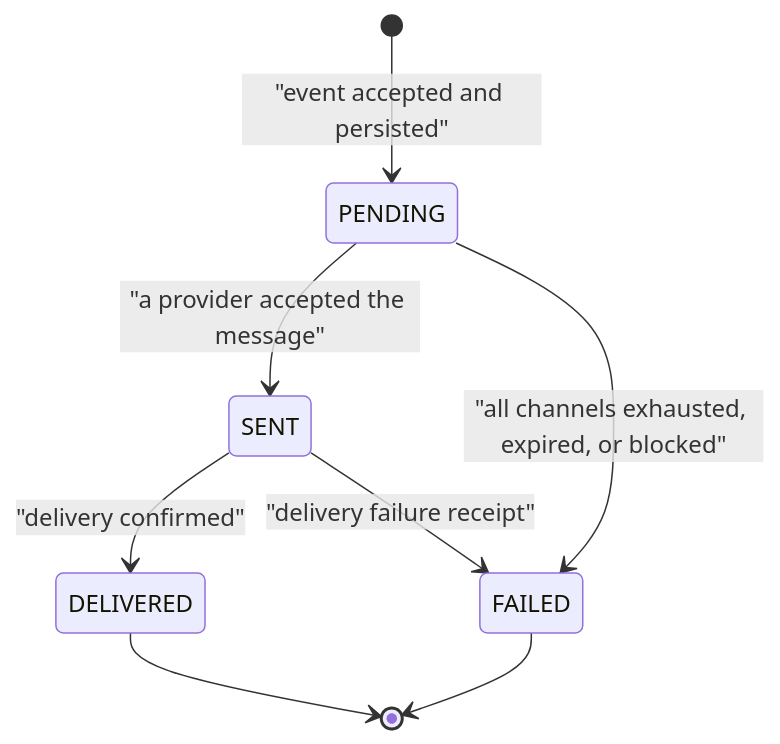
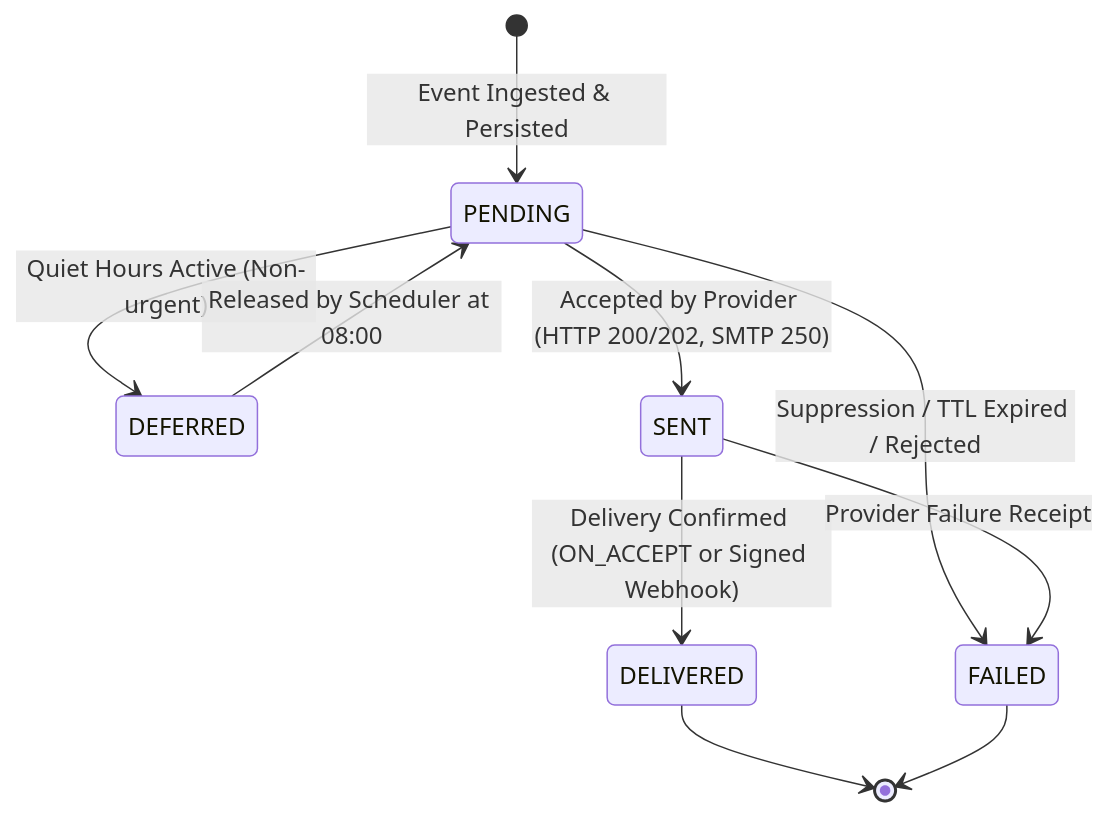
The diagram in README.md (AndresRuzT/Pigeon), drawn with Mermaid before and after one commit. The commit also changed other lines of this file and 10 other files, not shown here.

````diff
--- a/README.md
+++ b/README.md
@@ -208,10 +101,12 @@
 ```mermaid
 stateDiagram-v2
-    [*] --> PENDING: "event accepted and persisted"
-    PENDING --> SENT: "a provider accepted the message"
-    PENDING --> FAILED: "all channels exhausted, expired, or blocked"
-    SENT --> DELIVERED: "delivery confirmed"
-    SENT --> FAILED: "delivery failure receipt"
+    [*] --> PENDING: Event Ingested & Persisted
+    PENDING --> DEFERRED: Quiet Hours Active (Non-urgent)
+    DEFERRED --> PENDING: Released by Scheduler at 08:00
+    PENDING --> SENT: Accepted by Provider (HTTP 200/202, SMTP 250)
+    PENDING --> FAILED: Suppression / TTL Expired / Rejected
+    SENT --> DELIVERED: Delivery Confirmed (ON_ACCEPT or Signed Webhook)
+    SENT --> FAILED: Provider Failure Receipt
     DELIVERED --> [*]
     FAILED --> [*]
 ```
````
